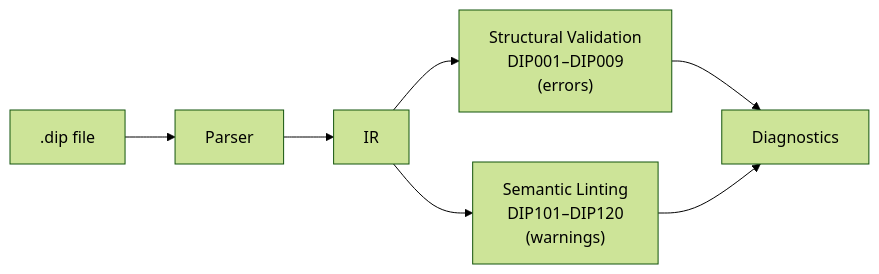
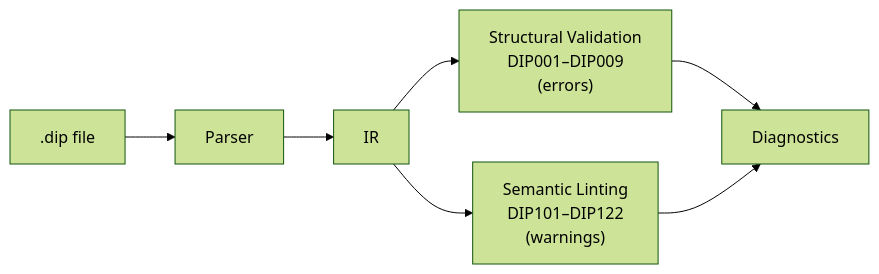
One commit to michellepellon/dippin-lang changed the diagram in docs/validation.md. Above: the diagram before and after it, drawn with Mermaid (forest theme). The commit also changed other lines of this file and 70 other files, not shown here.

````diff
--- a/docs/validation.md
+++ b/docs/validation.md
@@ -10,9 +10,9 @@
 ```mermaid
 graph LR
     SRC[".dip file"] --> PARSE["Parser"]
     PARSE --> IR["IR"]
     IR --> VAL["Structural Validation<br>DIP001–DIP009<br>(errors)"]
-    IR --> LINT["Semantic Linting<br>DIP101–DIP120<br>(warnings)"]
+    IR --> LINT["Semantic Linting<br>DIP101–DIP122<br>(warnings)"]
     VAL --> DIAG["Diagnostics"]
     LINT --> DIAG
 ```
````
